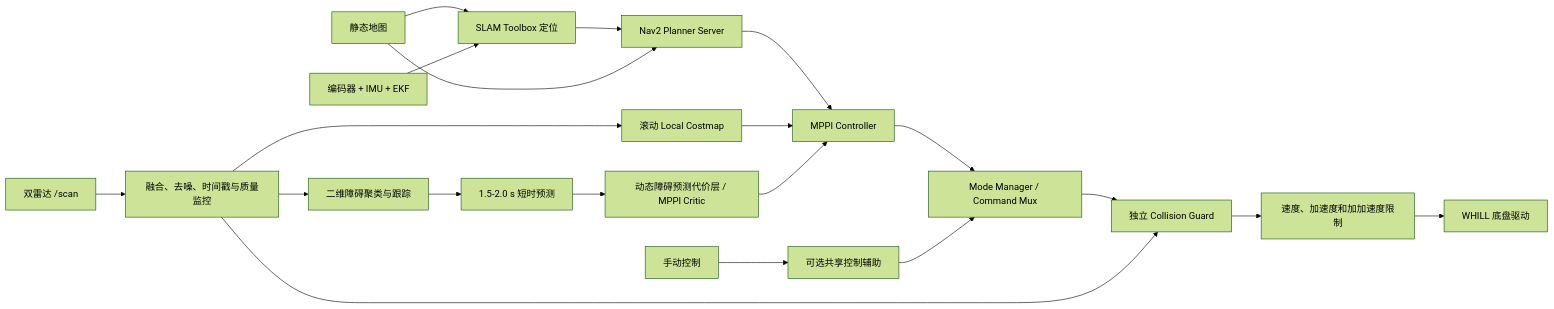
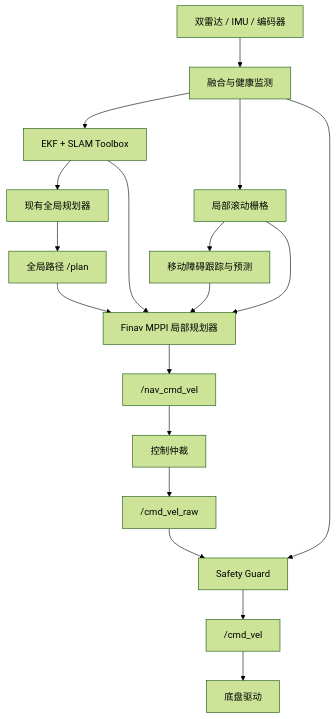
One commit to Flowhist/nav-2026 changed the diagram in finav-pro-solution.md. Above: the diagram before and after it, drawn with Mermaid (forest theme). The commit also changed other lines of this file, not shown here.

Commit message:
Rewrite Finav Pro development plan

````diff
--- a/finav-pro-solution.md
+++ b/finav-pro-solution.md
@@ -50,24 +42,20 @@
 ```mermaid
-flowchart LR
-    L["双雷达 /scan"] --> PRE["融合、去噪、时间戳与质量监控"]
-    PRE --> LOCAL["滚动 Local Costmap"]
-    PRE --> TRACK["二维障碍聚类与跟踪"]
-    TRACK --> PRED["1.5-2.0 s 短时预测"]
-
-    MAP["静态地图"] --> LOC["SLAM Toolbox 定位"]
-    ODOM["编码器 + IMU + EKF"] --> LOC
-    LOC --> GLOBAL["Nav2 Planner Server"]
-    MAP --> GLOBAL
-
-    GLOBAL --> MPPI["MPPI Controller"]
-    LOCAL --> MPPI
-    PRED --> DYN["动态障碍预测代价层 / MPPI Critic"]
-    DYN --> MPPI
-
-    MPPI --> MUX["Mode Manager / Command Mux"]
-    MANUAL["手动控制"] --> ASSIST["可选共享控制辅助"] --> MUX
-    MUX --> SAFE["独立 Collision Guard"]
-    PRE --> SAFE
-    SAFE --> SMOOTH["速度、加速度和加加速度限制"]
-    SMOOTH --> BASE["WHILL 底盘驱动"]
+flowchart TD
+    SENSOR["双雷达 / IMU / 编码器"] --> HEALTH["融合与健康监测"]
+    HEALTH --> LOC["EKF + SLAM Toolbox"]
+    HEALTH --> WORLD["局部滚动栅格"]
+    WORLD --> TRACK["移动障碍跟踪与预测"]
+    LOC --> GLOBAL["现有全局规划器"]
+    GLOBAL --> PLAN["全局路径 /plan"]
+    PLAN --> MPPI["Finav MPPI 局部规划器"]
+    WORLD --> MPPI
+    TRACK --> MPPI
+    LOC --> MPPI
+    MPPI --> NAVCMD["/nav_cmd_vel"]
+    NAVCMD --> ROUTER["控制仲裁"]
+    ROUTER --> RAW["/cmd_vel_raw"]
+    RAW --> SAFE["Safety Guard"]
+    HEALTH --> SAFE
+    SAFE --> CMD["/cmd_vel"]
+    CMD --> BASE["底盘驱动"]
 ```
````
